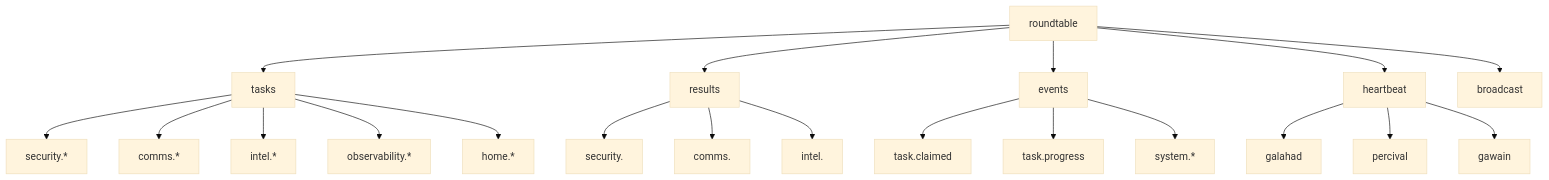
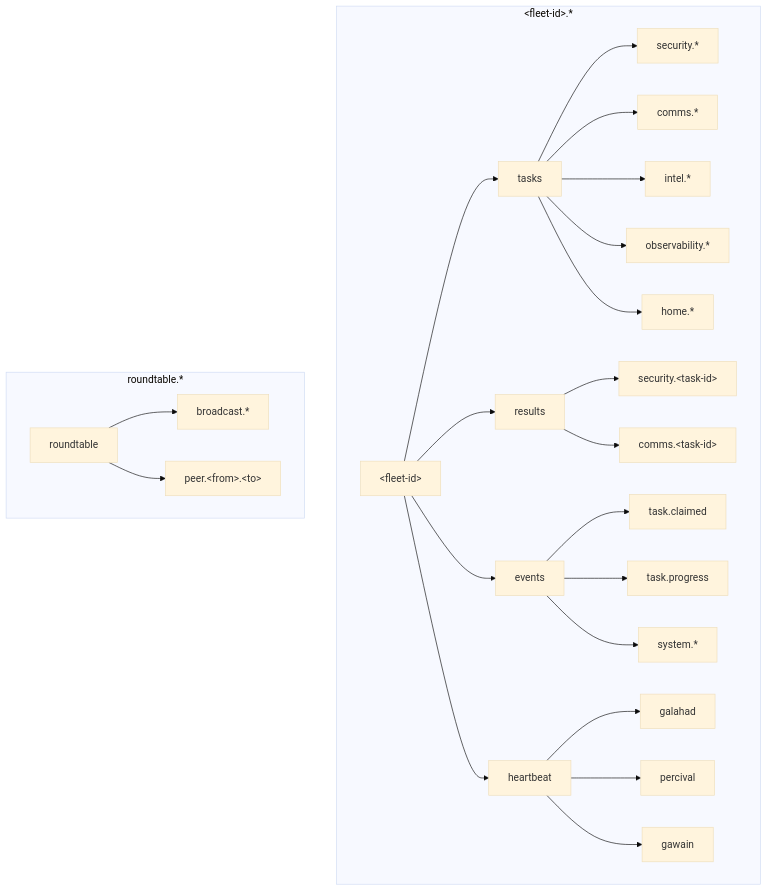
One commit to dapperdivers/roundtable changed the diagram in docs/topic-conventions.md. Above: the diagram before and after it, drawn with Mermaid (base theme). The commit also changed other lines of this file and 3 other files, not shown here.

First line of the commit message:
refactor: fleet-scoped architecture — replicable agent groups

````diff
--- a/docs/topic-conventions.md
+++ b/docs/topic-conventions.md
@@ -5,26 +21,31 @@
 ```mermaid
 graph TD
-    RT["roundtable"] --> Tasks["tasks"]
-    RT --> Results["results"]
-    RT --> Events["events"]
-    RT --> HB["heartbeat"]
-    RT --> Broadcast["broadcast"]
+    subgraph Fleet["&lt;fleet-id&gt;.*"]
+        FID["&lt;fleet-id&gt;"] --> Tasks["tasks"]
+        FID --> Results["results"]
+        FID --> Events["events"]
+        FID --> HB["heartbeat"]
 
-    Tasks --> TSec["security.*"]
-    Tasks --> TComms["comms.*"]
-    Tasks --> TIntel["intel.*"]
-    Tasks --> TObs["observability.*"]
-    Tasks --> THome["home.*"]
+        Tasks --> TSec["security.*"]
+        Tasks --> TComms["comms.*"]
+        Tasks --> TIntel["intel.*"]
+        Tasks --> TObs["observability.*"]
+        Tasks --> THome["home.*"]
 
-    Results --> RSec["security.<task-id>"]
-    Results --> RComms["comms.<task-id>"]
-    Results --> RIntel["intel.<task-id>"]
+        Results --> RSec["security.&lt;task-id&gt;"]
+        Results --> RComms["comms.&lt;task-id&gt;"]
 
-    Events --> ETClaimed["task.claimed"]
-    Events --> ETProgress["task.progress"]
-    Events --> ESystem["system.*"]
+        Events --> ETClaimed["task.claimed"]
+        Events --> ETProgress["task.progress"]
+        Events --> ESystem["system.*"]
 
-    HB --> HGal["galahad"]
-    HB --> HPer["percival"]
-    HB --> HGaw["gawain"]
+        HB --> HGal["galahad"]
+        HB --> HPer["percival"]
+        HB --> HGaw["gawain"]
+    end
+
+    subgraph Shared["roundtable.*"]
+        RT["roundtable"] --> Broadcast["broadcast.*"]
+        RT --> Peer["peer.&lt;from&gt;.&lt;to&gt;"]
+    end
 ```
````
